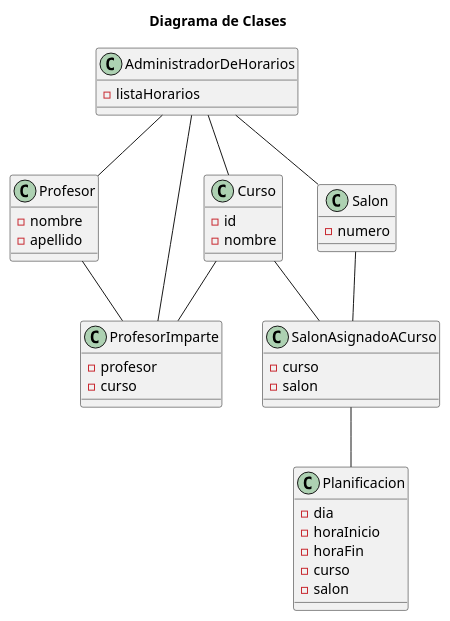
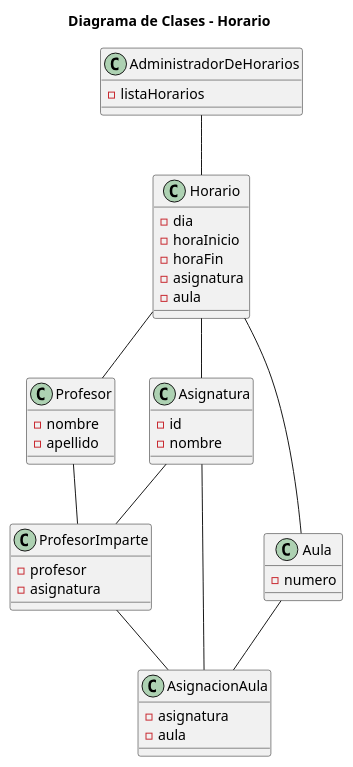
The diagram in modelosUML/DiagramaDeClases.puml (mmasias/24-25-IdSw1-SDR), drawn with PlantUML before and after one commit.

```diff
--- a/modelosUML/DiagramaDeClases.puml
+++ b/modelosUML/DiagramaDeClases.puml
@@ -1,50 +1,50 @@
-title Diagrama de Clases
+title Diagrama de Clases - Horario
 
 class AdministradorDeHorarios {
     - listaHorarios
 }
 
 class Profesor {
     - nombre
     - apellido
 }
 
-class Curso {
+class Asignatura {
     - id
     - nombre
 }
 
-class Salon {
+class Aula {
     - numero
 }
 
-class Planificacion {
+class Horario {
     - dia
     - horaInicio
     - horaFin
-    - curso
-    - salon
+    - asignatura
+    - aula
 }
 
 class ProfesorImparte {
     - profesor
-    - curso
+    - asignatura
 }
 
-class SalonAsignadoACurso {
-    - curso
-    - salon
+class AsignacionAula {
+    - asignatura
+    - aula
 }
 
-AdministradorDeHorarios -- Profesor
-AdministradorDeHorarios -- Curso
-AdministradorDeHorarios -- Salon
+AdministradorDeHorarios -- Horario
 
-AdministradorDeHorarios -- ProfesorImparte
-SalonAsignadoACurso -- Planificacion
+Horario -- Profesor
+Horario -- Asignatura
+Horario -- Aula
 
 Profesor -- ProfesorImparte
-Curso -- ProfesorImparte
-Curso -- SalonAsignadoACurso
-Salon -- SalonAsignadoACurso
+Asignatura -- ProfesorImparte
+Asignatura -- AsignacionAula
+Aula -- AsignacionAula
+ProfesorImparte -- AsignacionAula
 @enduml
```
